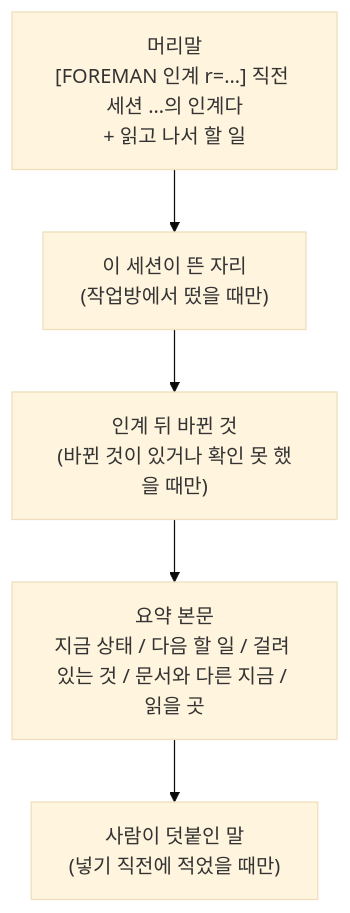
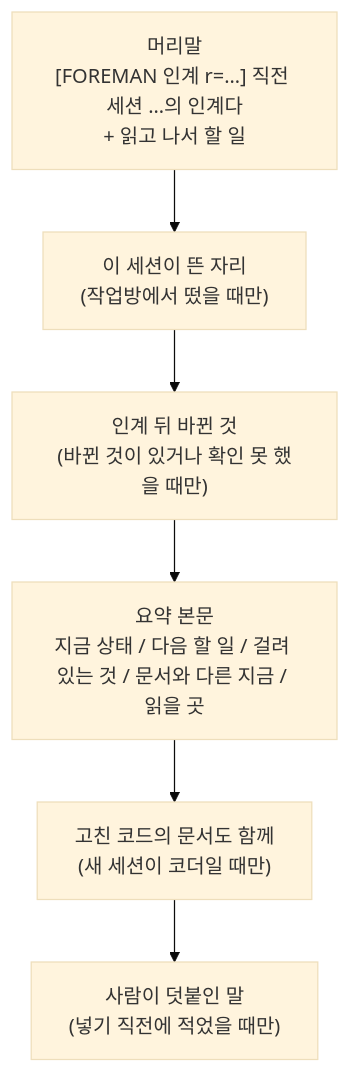
One commit to Gabriel-Joo/foreman changed the diagram in notion/08_handoff/02_summary.md. Above: the diagram before and after it, drawn with Mermaid (base theme). The commit also changed other lines of this file and 23 other files, not shown here.

````diff
--- a/notion/08_handoff/02_summary.md
+++ b/notion/08_handoff/02_summary.md
@@ -210,7 +214,8 @@
 ```mermaid
 flowchart TD
     A["머리말<br/>[FOREMAN 인계 r=…] 직전 세션 …의 인계다<br/>+ 읽고 나서 할 일"] --> B["이 세션이 뜬 자리<br/>(작업방에서 떴을 때만)"]
     B --> C["인계 뒤 바뀐 것<br/>(바뀐 것이 있거나 확인 못 했을 때만)"]
     C --> D["요약 본문<br/>지금 상태 / 다음 할 일 / 걸려 있는 것 / 문서와 다른 지금 / 읽을 곳"]
-    D --> E["사람이 덧붙인 말<br/>(넣기 직전에 적었을 때만)"]
+    D --> R["고친 코드의 문서도 함께<br/>(새 세션이 코더일 때만)"]
+    R --> E["사람이 덧붙인 말<br/>(넣기 직전에 적었을 때만)"]
 ```
````
